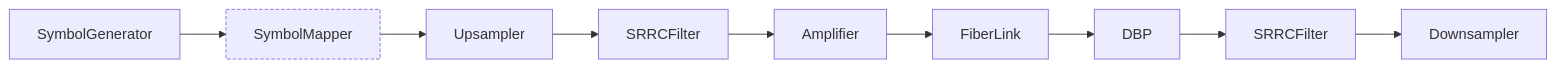
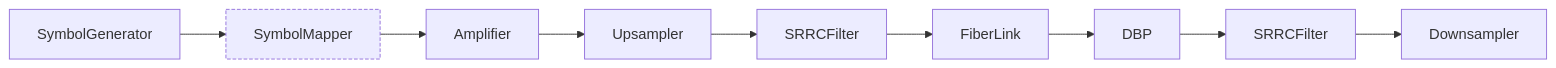
One commit to vincentchoqueuse/comnumpy changed the diagram in docs/tutorials/mermaid/gn_model.mmd. Above: the diagram before and after it, drawn with Mermaid. The commit also changed 35 other files, not shown here.

```diff
--- a/docs/tutorials/mermaid/gn_model.mmd
+++ b/docs/tutorials/mermaid/gn_model.mmd
@@ -1,20 +1,20 @@
 flowchart LR
     source["SymbolGenerator"]
     tx["SymbolMapper"]
+    launch["Amplifier"]
     upsampler["Upsampler"]
     srrcfilter["SRRCFilter"]
-    launch["Amplifier"]
     fibre["FiberLink"]
     dbp["DBP"]
     srrcfilter_2["SRRCFilter"]
     downsampler["Downsampler"]
     source --> tx
-    tx --> upsampler
+    tx --> launch
+    launch --> upsampler
     upsampler --> srrcfilter
-    srrcfilter --> launch
-    launch --> fibre
+    srrcfilter --> fibre
     fibre --> dbp
     dbp --> srrcfilter_2
     srrcfilter_2 --> downsampler
     classDef tapped stroke-dasharray: 4 2
     class tx tapped
```
